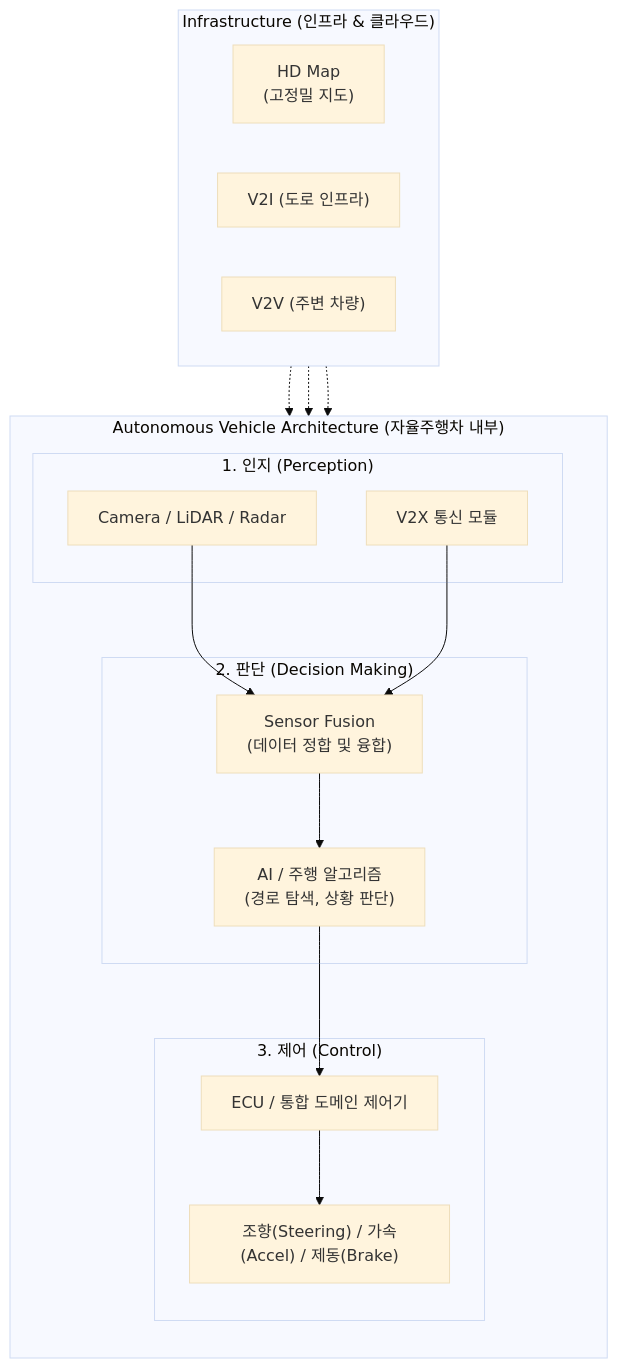
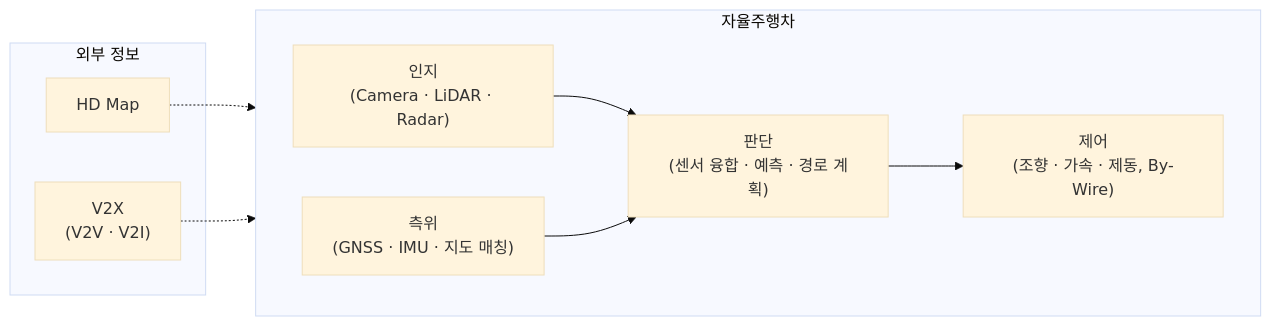
The diagram in content/01_IT Tech/Smart Car(자율주행).md (supremethumb/supremethumb.github.io), drawn with Mermaid (base theme) before and after one commit. The commit also changed other lines of this file and 1087 other files, not shown here.

````diff
--- a/content/01_IT Tech/Smart Car(자율주행).md
+++ b/content/01_IT Tech/Smart Car(자율주행).md
@@ -27,38 +36,19 @@
 ```mermaid
-flowchart TD
-    subgraph "Infrastructure (인프라 & 클라우드)"
+flowchart LR
+    subgraph Ext["외부 정보"]
+        HDMap["HD Map"]
+        V2X["V2X<br/>(V2V · V2I)"]
+    end
+    subgraph Vehicle["자율주행차"]
         direction LR
-        HDMap["HD Map<br/>(고정밀 지도)"]
-        V2I["V2I (도로 인프라)"]
-        V2V["V2V (주변 차량)"]
+        P["인지<br/>(Camera · LiDAR · Radar)"]
+        Loc["측위<br/>(GNSS · IMU · 지도 매칭)"]
+        D["판단<br/>(센서 융합 · 예측 · 경로 계획)"]
+        C["제어<br/>(조향 · 가속 · 제동, By-Wire)"]
+        P --> D
+        Loc --> D
+        D --> C
     end
-
-    subgraph "Autonomous Vehicle Architecture (자율주행차 내부)"
-        direction TB
-        subgraph P["1. 인지 (Perception)"]
-            Sensors["Camera / LiDAR / Radar"]
-            V2X_Comm["V2X 통신 모듈"]
-        end
-
-        subgraph D["2. 판단 (Decision Making)"]
-            Fusion["Sensor Fusion<br/>(데이터 정합 및 융합)"]
-            AI["AI / 주행 알고리즘<br/>(경로 탐색, 상황 판단)"]
-        end
-
-        subgraph C["3. 제어 (Control)"]
-            ECU["ECU / 통합 도메인 제어기"]
-            Actuators["조향(Steering) / 가속(Accel) / 제동(Brake)"]
-        end
-        
-        Sensors --> Fusion
-        V2X_Comm --> Fusion
-        HDMap -.-> Fusion
-        V2I -.-> V2X_Comm
-        V2V -.-> V2X_Comm
-        
-        Fusion --> AI
-        AI --> ECU
-        ECU --> Actuators
-    end
-
+    HDMap -.-> Loc
+    V2X -.-> D
 ```
````
